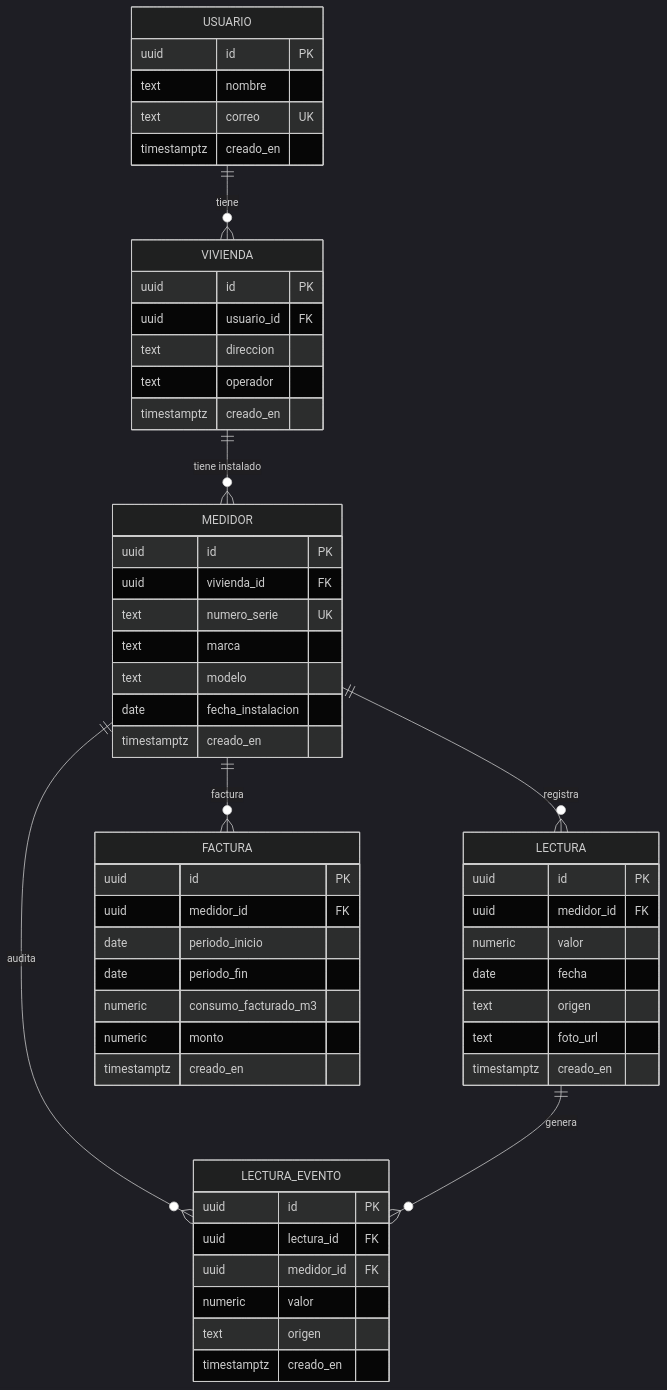
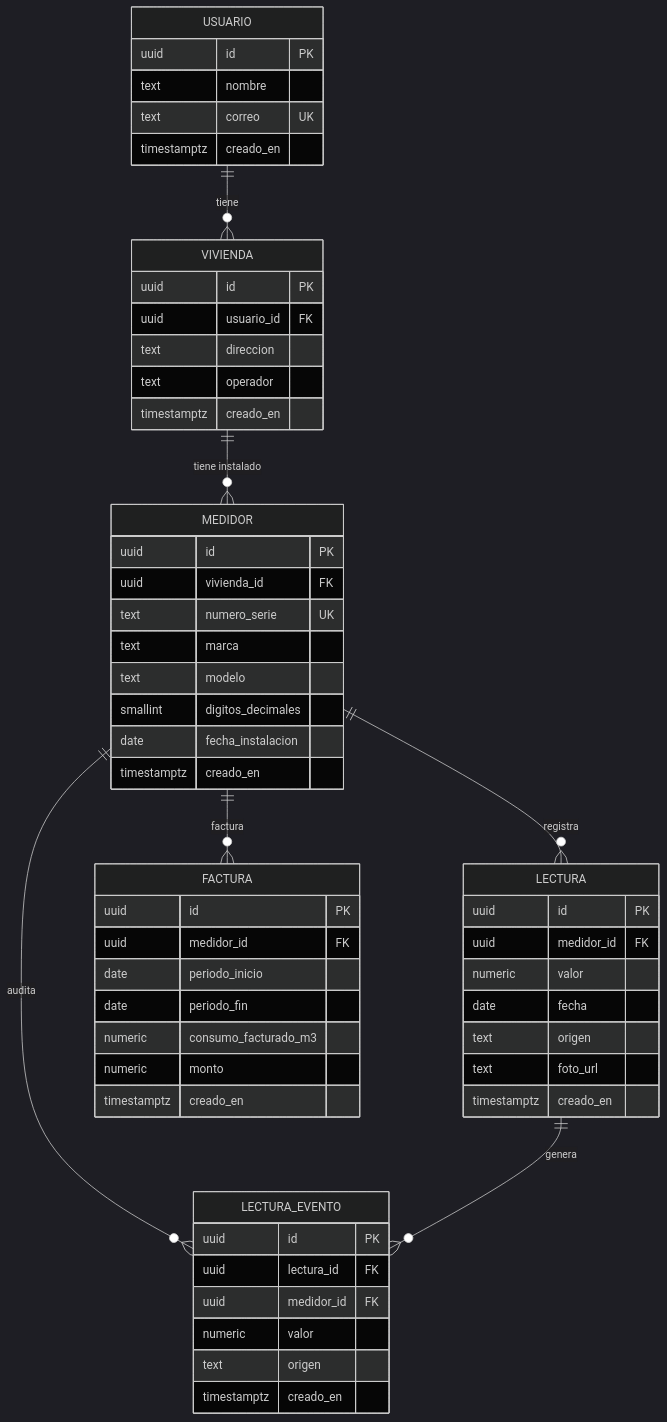
The diagram in docs/architecture/modelo-datos.md (NieblaVidente/mimedidor), drawn with Mermaid (dark theme) before and after one commit. The commit also changed other lines of this file and 1 other file, not shown here.

First line of the commit message:
T-56 - Poner el diagrama ER y el README al dia con las migraciones

````diff
--- a/docs/architecture/modelo-datos.md
+++ b/docs/architecture/modelo-datos.md
@@ -18,58 +18,59 @@
 ```mermaid
 erDiagram
     USUARIO ||--o{ VIVIENDA : "tiene"
     VIVIENDA ||--o{ MEDIDOR : "tiene instalado"
     MEDIDOR ||--o{ LECTURA : "registra"
     MEDIDOR ||--o{ FACTURA : "factura"
     MEDIDOR ||--o{ LECTURA_EVENTO : "audita"
     LECTURA ||--o{ LECTURA_EVENTO : "genera"
 
     USUARIO {
         uuid id PK
         text nombre
         text correo UK
         timestamptz creado_en
     }
     VIVIENDA {
         uuid id PK
         uuid usuario_id FK
         text direccion
         text operador
         timestamptz creado_en
     }
     MEDIDOR {
         uuid id PK
         uuid vivienda_id FK
         text numero_serie UK
         text marca
         text modelo
+        smallint digitos_decimales
         date fecha_instalacion
         timestamptz creado_en
     }
     LECTURA {
         uuid id PK
         uuid medidor_id FK
         numeric valor
         date fecha
         text origen
         text foto_url
         timestamptz creado_en
     }
     FACTURA {
         uuid id PK
         uuid medidor_id FK
         date periodo_inicio
         date periodo_fin
         numeric consumo_facturado_m3
         numeric monto
         timestamptz creado_en
     }
     LECTURA_EVENTO {
         uuid id PK
         uuid lectura_id FK
         uuid medidor_id FK
         numeric valor
         text origen
         timestamptz creado_en
     }
 ```
````
